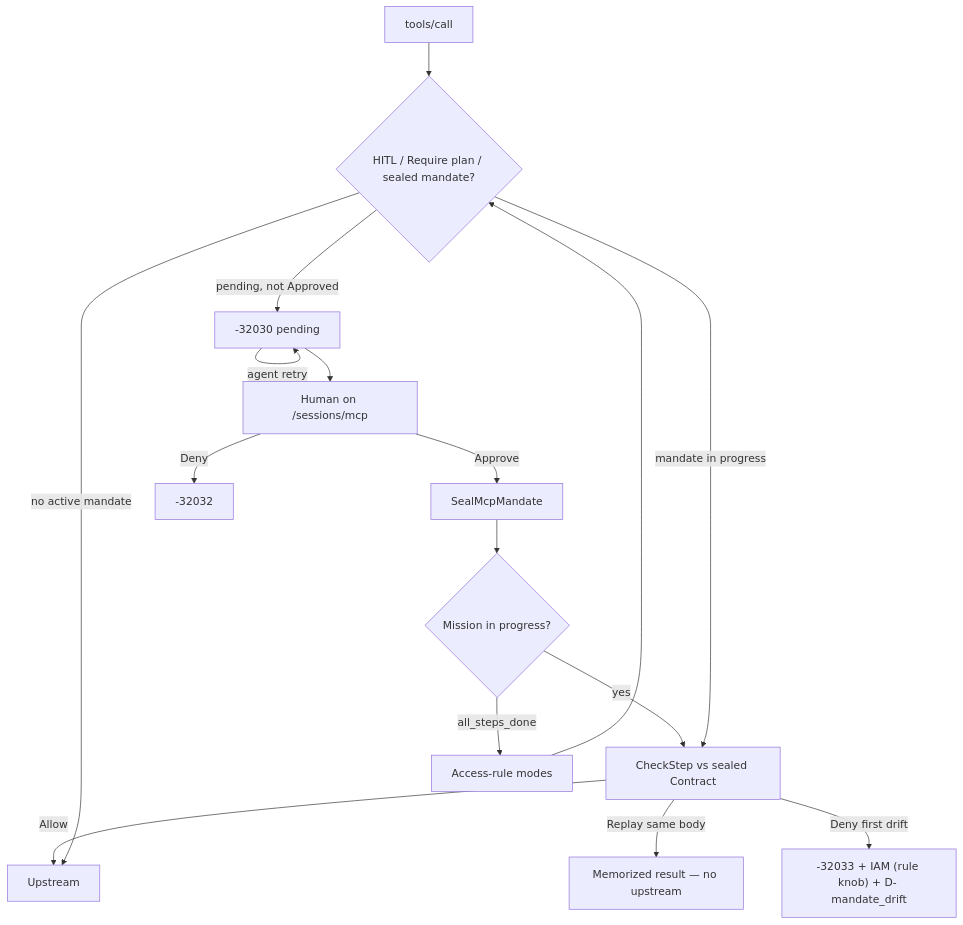
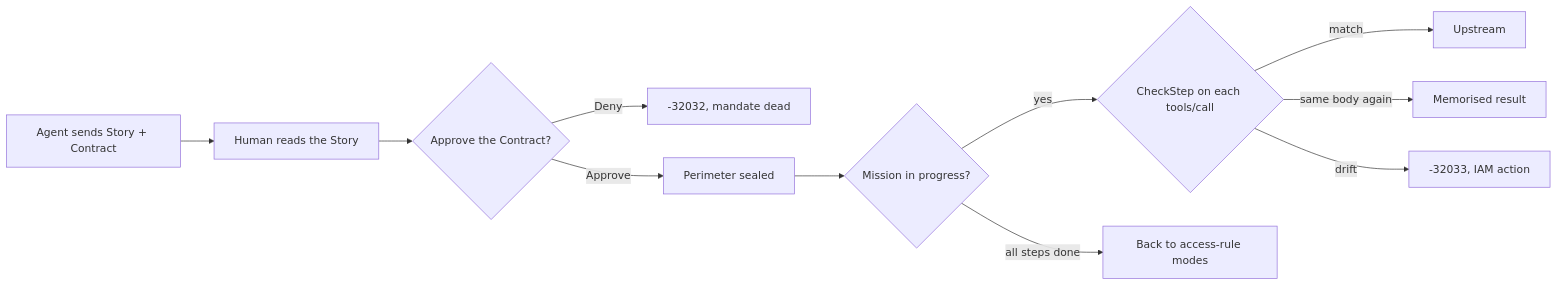
Before and after one commit to rbenaley/Vauban: the fifth of 8 diagrams in docs/technical/Vauban_MCP_Architecture_EN(1.0).md, drawn with Mermaid. The commit also changed other lines of this file and 5 other files, not shown here.

````diff
--- a/docs/technical/Vauban_MCP_Architecture_EN(1.0).md
+++ b/docs/technical/Vauban_MCP_Architecture_EN(1.0).md
@@ -148,18 +415,13 @@
 ```mermaid
-flowchart TD
-  T[tools/call] --> H{HITL / Require plan / sealed mandate?}
-  H -->|pending, not Approved| P30["-32030 pending"]
-  P30 -->|agent retry| P30
-  P30 --> Hum[Human on /sessions/mcp]
-  Hum -->|Approve| Seal[SealMcpMandate]
-  Hum -->|Deny| P32["-32032"]
-  Seal --> Live{Mission in progress?}
-  Live -->|yes| CS[CheckStep vs sealed Contract]
-  H -->|mandate in progress| CS
-  CS -->|Allow| Up[Upstream]
-  CS -->|Replay same body| Mem[Memorized result — no upstream]
-  CS -->|Deny first drift| P33["-32033 + IAM (rule knob) + D- mandate_drift"]
-  Live -->|all_steps_done| Modes[Access-rule modes]
-  H -->|no active mandate| Up
-  Modes --> H
+flowchart LR
+  A["Agent sends Story + Contract"] --> H["Human reads the Story"]
+  H --> Q{"Approve the Contract?"}
+  Q -->|"Deny"| Dead["-32032, mandate dead"]
+  Q -->|"Approve"| Seal["Perimeter sealed"]
+  Seal --> Live{"Mission in progress?"}
+  Live -->|"yes"| CS{"CheckStep on each tools/call"}
+  Live -->|"all steps done"| Modes["Back to access-rule modes"]
+  CS -->|"match"| Up["Upstream"]
+  CS -->|"same body again"| Replay["Memorised result"]
+  CS -->|"drift"| Drift["-32033, IAM action"]
 ```
````
